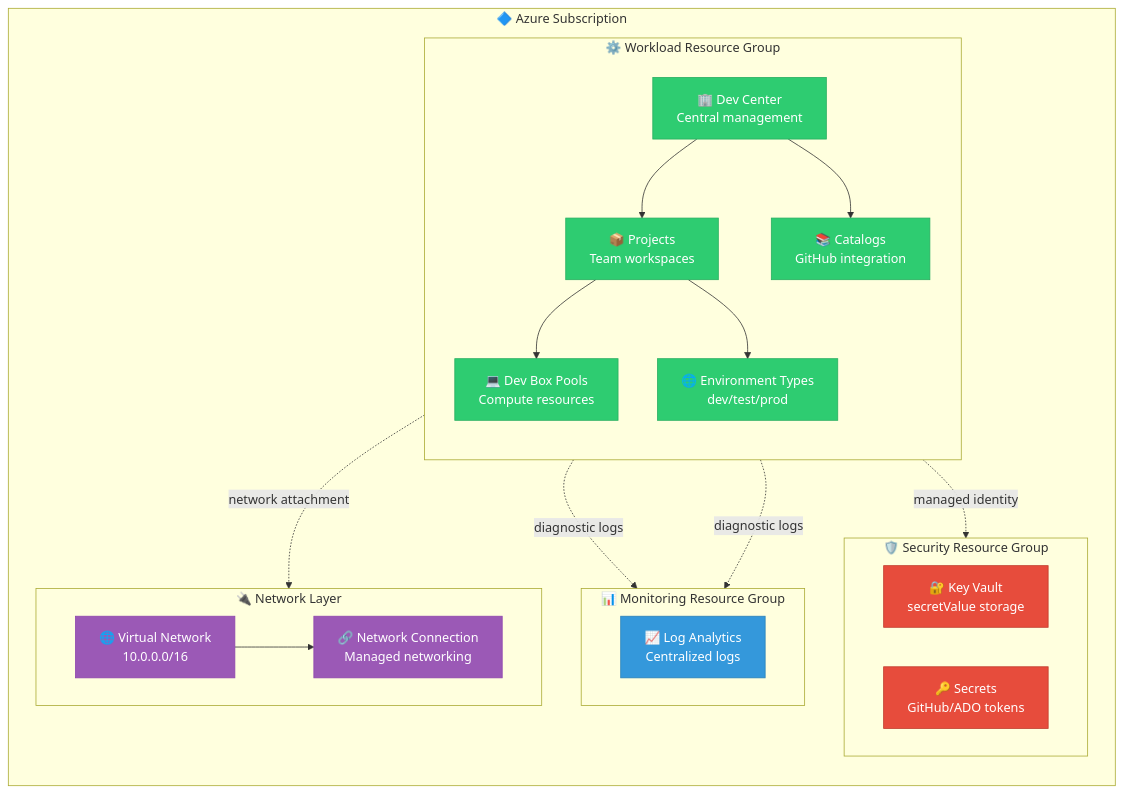
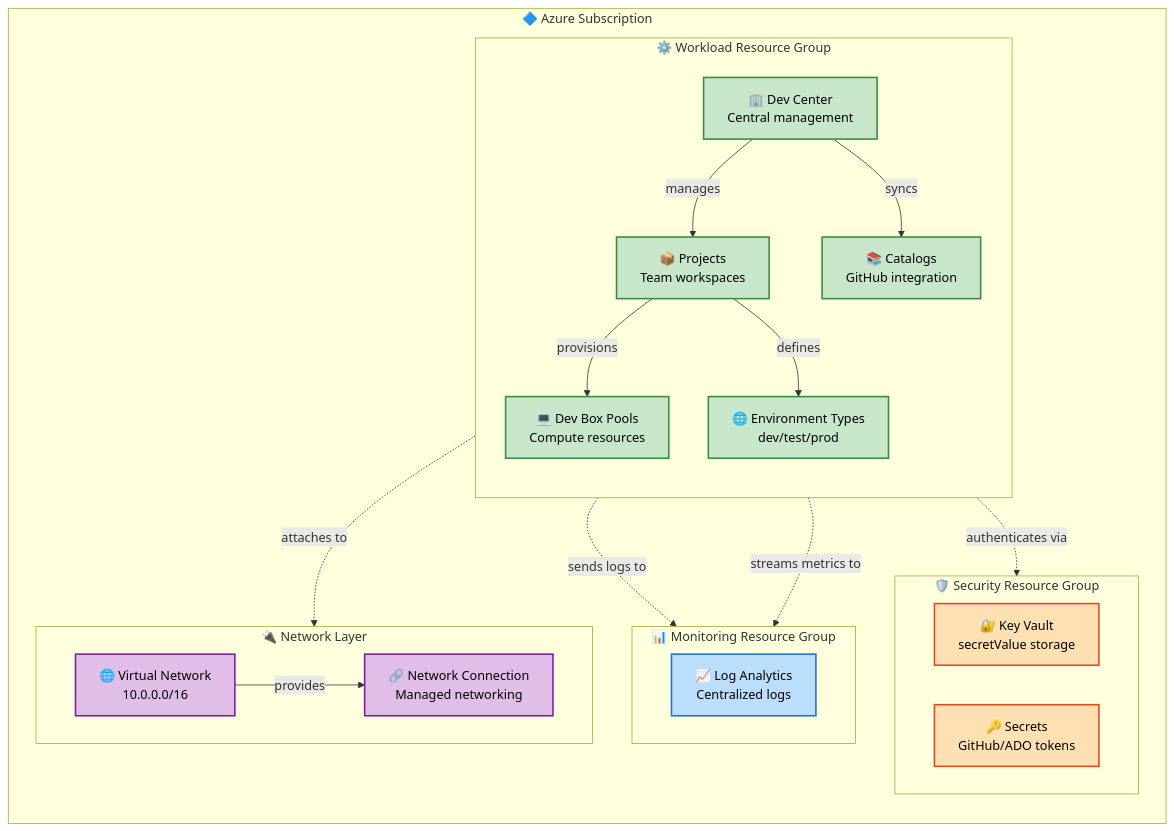
Before and after one commit to Evilazaro/DevExp-DevBox: the diagram in README.md, drawn with Mermaid.

Commit message:
refactor: enhance clarity and semantics in architecture diagram of README.md

````diff
--- a/README.md
+++ b/README.md
@@ -71,51 +71,51 @@
 ```mermaid
 flowchart TB
     accTitle: Azure DevCenter Infrastructure Architecture
     accDescr: Three-tier landing zone architecture with security, monitoring, and workload separation
 
     subgraph Subscription["🔷 Azure Subscription"]
         direction TB
 
         subgraph SecurityRG["🛡️ Security Resource Group"]
             direction LR
             kv["🔐 Key Vault<br/>secretValue storage"]:::security
             secrets["🔑 Secrets<br/>GitHub/ADO tokens"]:::security
         end
 
         subgraph MonitoringRG["📊 Monitoring Resource Group"]
             direction LR
             la["📈 Log Analytics<br/>Centralized logs"]:::monitoring
         end
 
         subgraph WorkloadRG["⚙️ Workload Resource Group"]
             direction TB
             dc["🏢 Dev Center<br/>Central management"]:::workload
             proj["📦 Projects<br/>Team workspaces"]:::workload
             pool["💻 Dev Box Pools<br/>Compute resources"]:::workload
             env["🌐 Environment Types<br/>dev/test/prod"]:::workload
             cat["📚 Catalogs<br/>GitHub integration"]:::workload
 
-            dc --> proj
-            proj --> pool
-            proj --> env
-            dc --> cat
+            dc -->|"manages"| proj
+            proj -->|"provisions"| pool
+            proj -->|"defines"| env
+            dc -->|"syncs"| cat
         end
 
         subgraph Connectivity["🔌 Network Layer"]
             direction LR
             vnet["🌐 Virtual Network<br/>10.0.0.0/16"]:::network
             nc["🔗 Network Connection<br/>Managed networking"]:::network
-            vnet --> nc
+            vnet -->|"provides"| nc
         end
     end
 
-    dc -.->|managed identity| kv
-    dc -.->|diagnostic logs| la
-    pool -.->|network attachment| nc
-    proj -.->|diagnostic logs| la
+    dc -.->|"authenticates via"| kv
+    dc -.->|"sends logs to"| la
+    pool -.->|"attaches to"| nc
+    proj -.->|"streams metrics to"| la
 
-    classDef security fill:#e74c3c,stroke:#c0392b,color:#fff
-    classDef monitoring fill:#3498db,stroke:#2980b9,color:#fff
-    classDef workload fill:#2ecc71,stroke:#27ae60,color:#fff
-    classDef network fill:#9b59b6,stroke:#8e44ad,color:#fff
+    classDef security fill:#FFE0B2,stroke:#E64A19,stroke-width:2px,color:#000
+    classDef monitoring fill:#BBDEFB,stroke:#1976D2,stroke-width:2px,color:#000
+    classDef workload fill:#C8E6C9,stroke:#388E3C,stroke-width:2px,color:#000
+    classDef network fill:#E1BEE7,stroke:#7B1FA2,stroke-width:2px,color:#000
 ```
````
